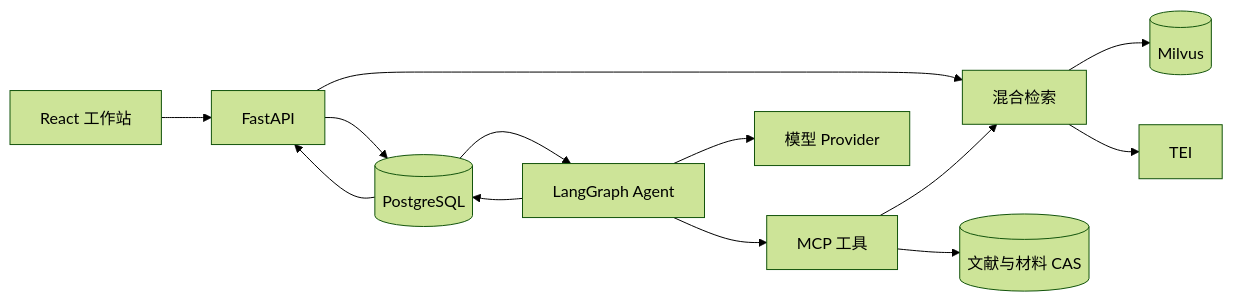
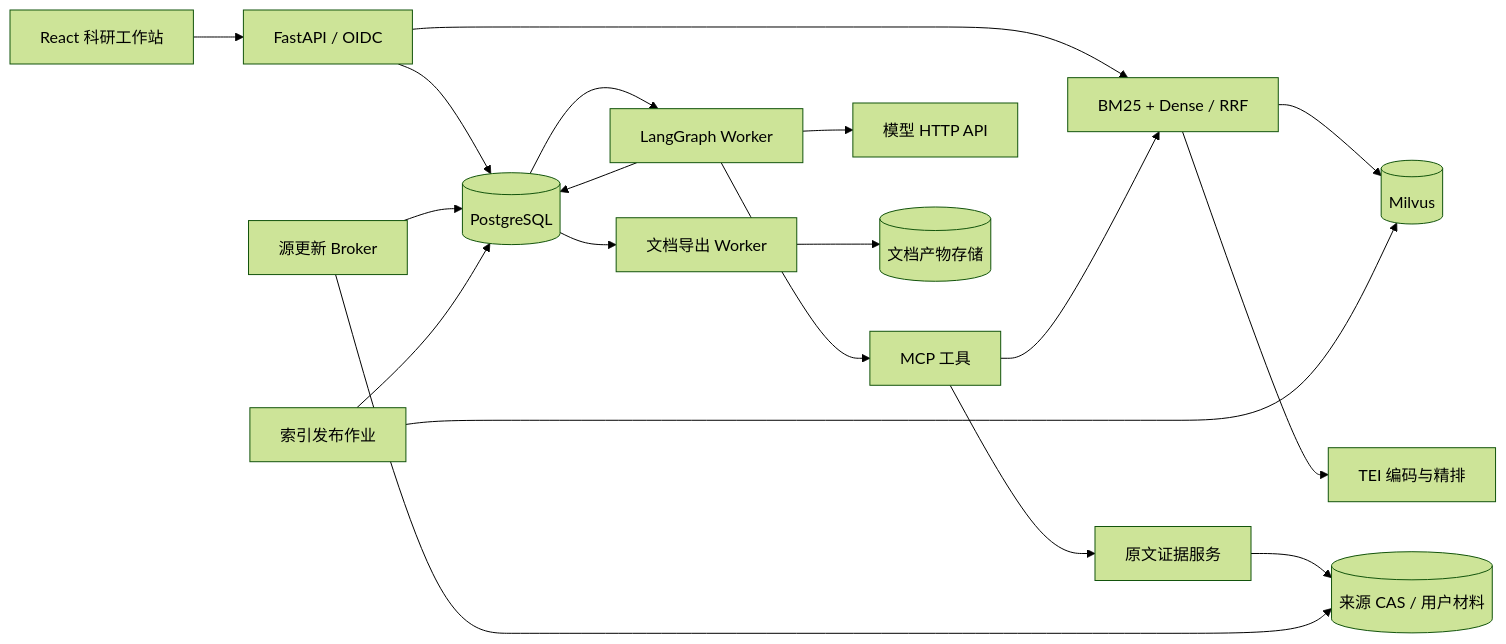
One commit to Firefly0237/ACADEMIC-AGENT changed the first of 2 diagrams in docs/architecture.md. Above: the diagram before and after it, drawn with Mermaid (forest theme). The commit also changed other lines of this file and 230 other files, not shown here.

````diff
--- a/docs/architecture.md
+++ b/docs/architecture.md
@@ -24,15 +7,21 @@
 ```mermaid
 flowchart LR
-    UI[React 工作站] --> API[FastAPI]
-    API --> Search[混合检索]
+    UI[React 科研工作站] --> API[FastAPI / OIDC]
+    API --> Search[BM25 + Dense / RRF]
+    Search --> Milvus[(Milvus)]
+    Search --> TEI[TEI 编码与精排]
     API --> PG[(PostgreSQL)]
-    PG --> Agent[LangGraph Agent]
+    PG --> Agent[LangGraph Worker]
     Agent --> MCP[MCP 工具]
     MCP --> Search
-    Search --> Milvus[(Milvus)]
-    Search --> TEI[TEI]
-    MCP --> CAS[(文献与材料 CAS)]
-    Agent --> Model[模型 Provider]
+    MCP --> Evidence[原文证据服务]
+    Evidence --> CAS[(来源 CAS / 用户材料)]
+    Agent --> Provider[模型 HTTP API]
     Agent --> PG
-    PG --> API
+    Update[源更新 Broker] --> CAS
+    Update --> PG
+    Publish[索引发布作业] --> Milvus
+    Publish --> PG
+    PG --> Export[文档导出 Worker]
+    Export --> Blob[(文档产物存储)]
 ```
````
